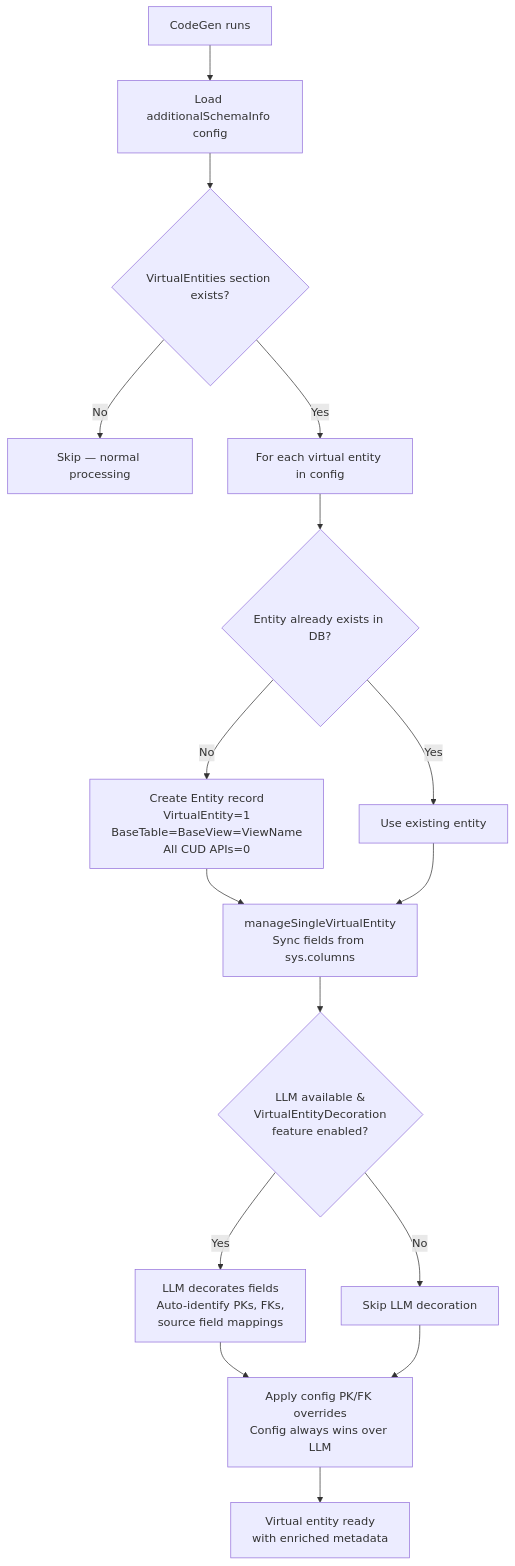
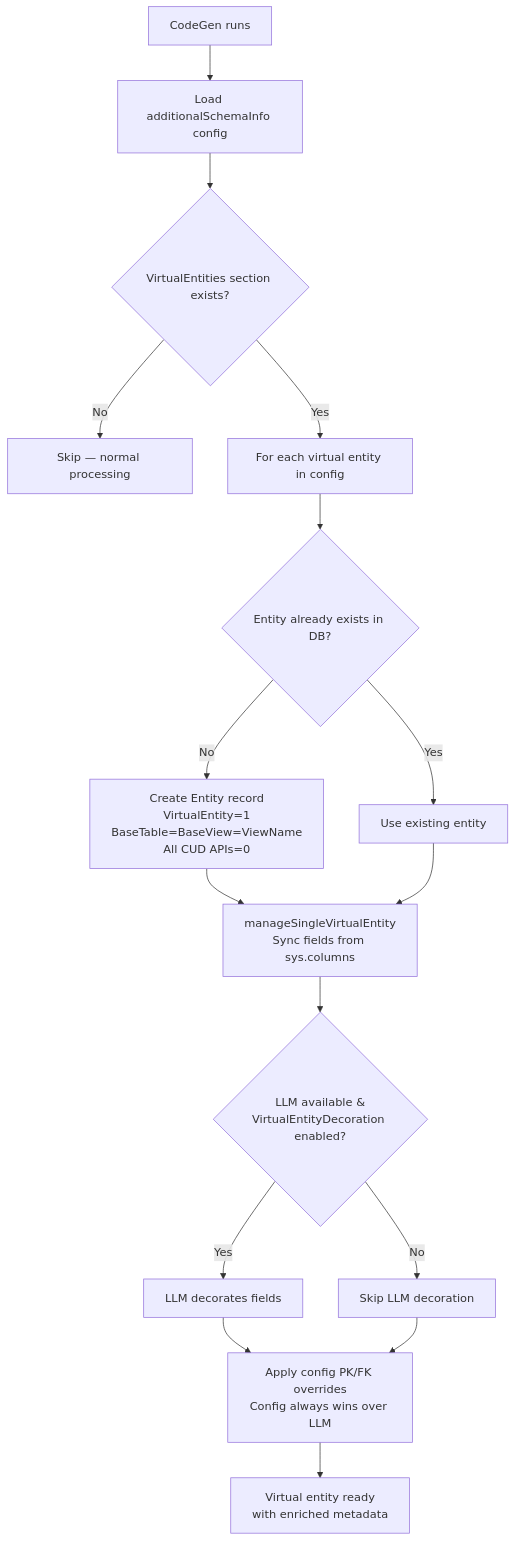
One commit to MemberJunction/MJ changed the second of 13 diagrams in plans/entity-system-enhancements-virtual-and-supertype.md. Above: the diagram before and after it, drawn with Mermaid. The commit also changed other lines of this file, not shown here.

First line of the commit message:
docs: rewrite virtual entities & IS-A type modeling plan with refined architecture

````diff
--- a/plans/entity-system-enhancements-virtual-and-supertype.md
+++ b/plans/entity-system-enhancements-virtual-and-supertype.md
@@ -239,23 +230,23 @@
 ```mermaid
 flowchart TD
     A[CodeGen runs] --> B[Load additionalSchemaInfo config]
     B --> C{VirtualEntities section exists?}
     C -->|No| D[Skip — normal processing]
     C -->|Yes| E[For each virtual entity in config]
 
     E --> F{Entity already exists in DB?}
     F -->|No| G[Create Entity record<br/>VirtualEntity=1<br/>BaseTable=BaseView=ViewName<br/>All CUD APIs=0]
     F -->|Yes| H[Use existing entity]
 
     G --> I[manageSingleVirtualEntity<br/>Sync fields from sys.columns]
     H --> I
 
-    I --> J{LLM available &<br/>VirtualEntityDecoration<br/>feature enabled?}
-    J -->|Yes| K[LLM decorates fields<br/>Auto-identify PKs, FKs,<br/>source field mappings]
+    I --> J{LLM available &<br/>VirtualEntityDecoration enabled?}
+    J -->|Yes| K[LLM decorates fields]
     J -->|No| L[Skip LLM decoration]
 
     K --> M[Apply config PK/FK overrides<br/>Config always wins over LLM]
     L --> M
 
     M --> N[Virtual entity ready<br/>with enriched metadata]
 ```
````
